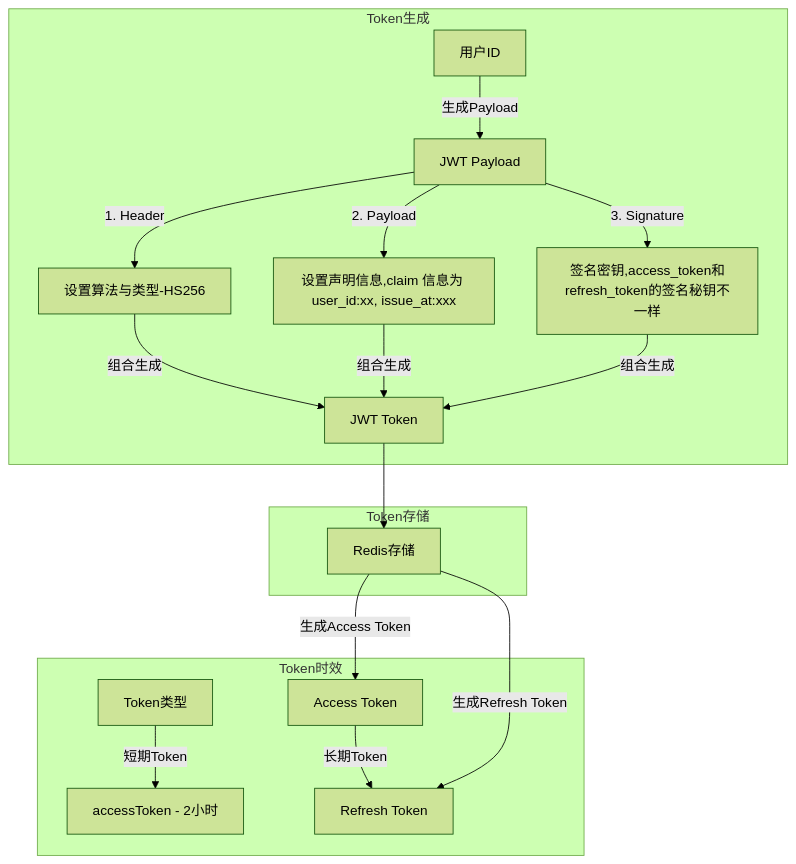
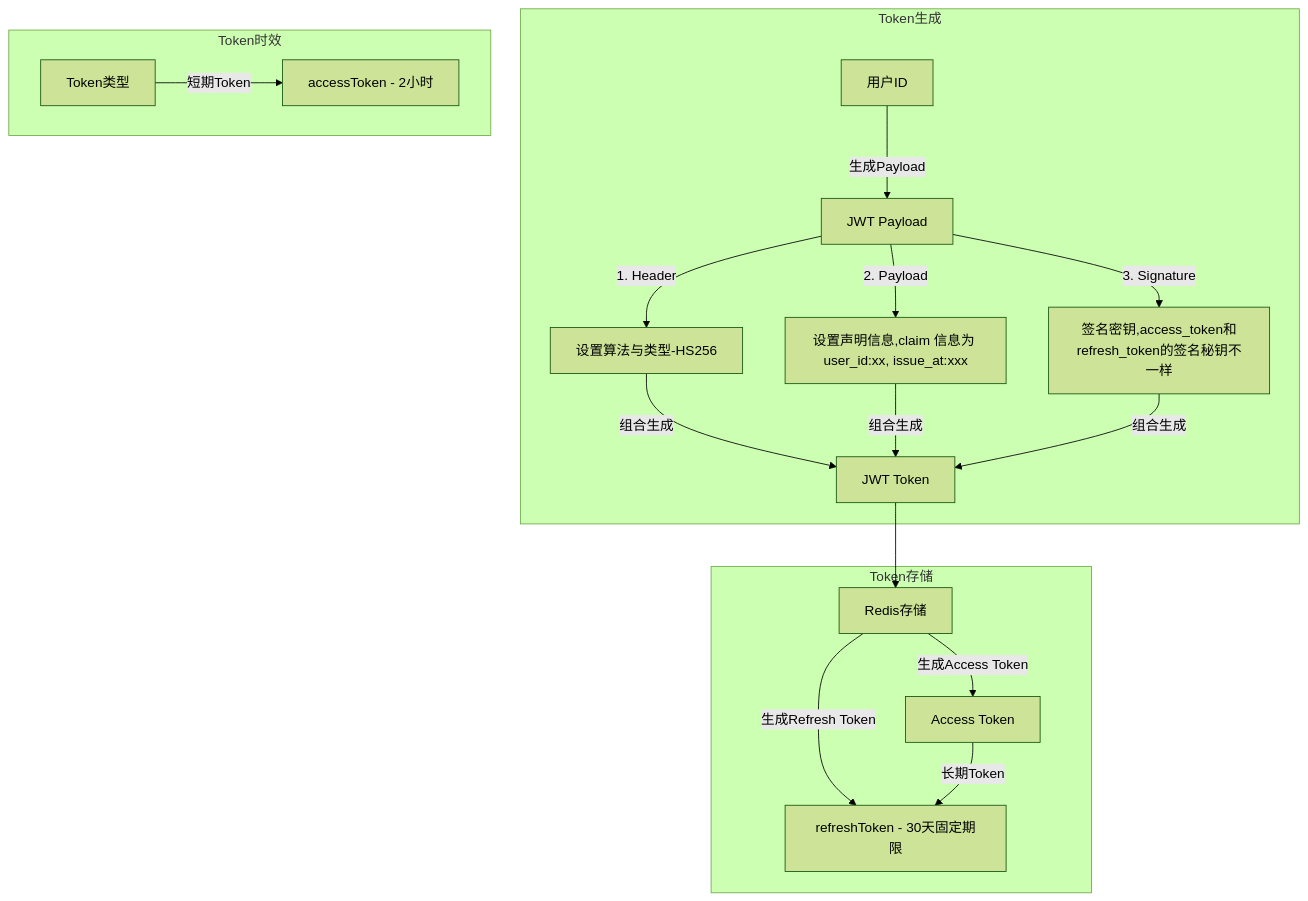
One commit to yingjianzh/iodraw-files changed the diagram in all/未命名-16.md. Above: the diagram before and after it, drawn with Mermaid (forest theme).

Commit message:
2025-01-08 14:36:34 update

````diff
--- a/all/未命名-16.md
+++ b/all/未命名-16.md
@@ -1,24 +1,26 @@
 ```mermaid
 
 flowchart TD
-    subgraph Token时效
-        T[Token类型] -->|短期Token| M[accessToken - 2小时]
-        H -->|长期Token| I[refreshToken - 30天固定期限]
-    end
+    
   
     subgraph Token生成
         A[用户ID] -->|生成Payload| B[JWT Payload]
         B -->|1. Header| C[设置算法与类型-HS256]
         B -->|2. Payload| D[设置声明信息,claim 信息为 user_id:xx, issue_at:xxx]
         B -->|3. Signature| E[签名密钥,access_token和refresh_token的签名秘钥不一样]
         C & D & E -->|组合生成| F[JWT Token]
     end
     
     subgraph Token存储
         F --> G[Redis存储]
         G -->|生成Access Token| H[Access Token]
         G -->|生成Refresh Token| I[Refresh Token]
         
     end
 
+    subgraph Token时效
+        T[Token类型] -->|短期Token| M[accessToken - 2小时]
+        H -->|长期Token| I[refreshToken - 30天固定期限]
+    end
+
 ```
````
